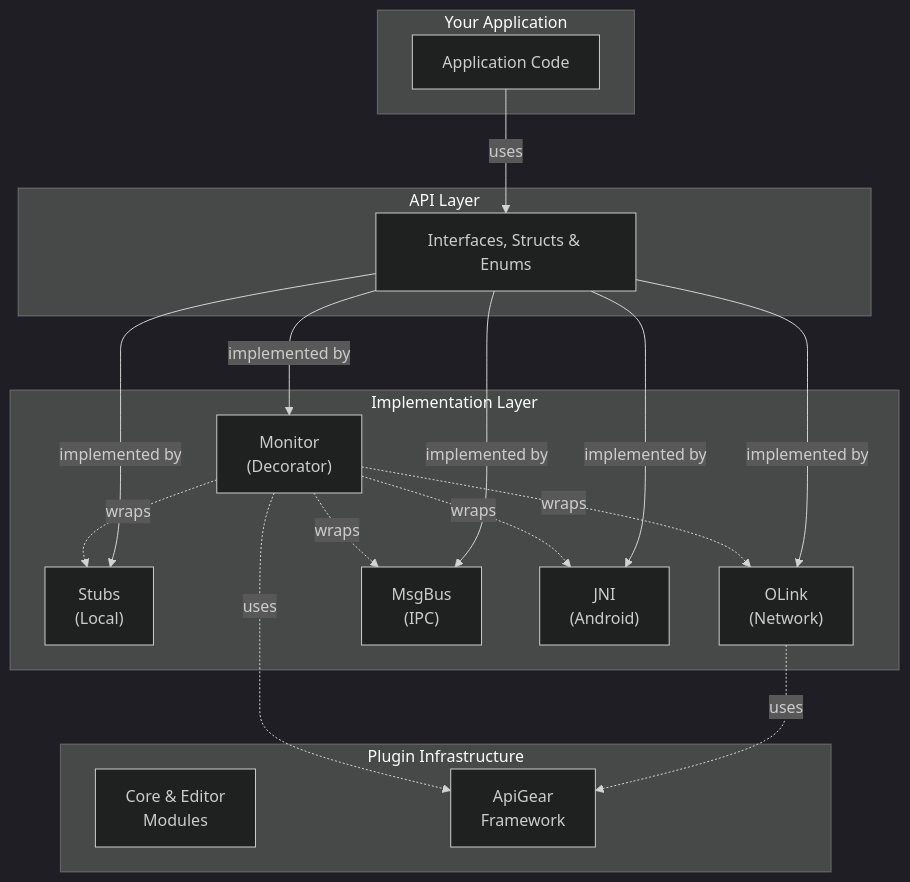
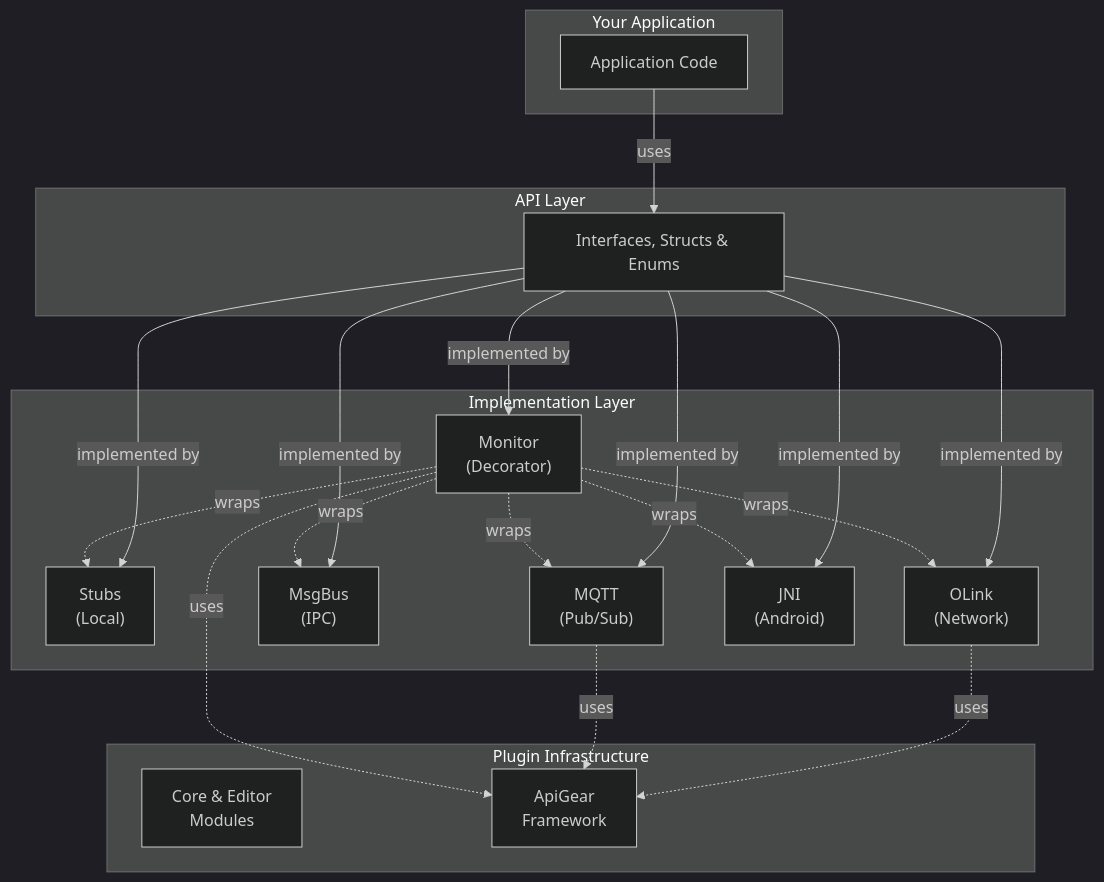
The diagram in docs/docs/features/features.md (apigear-io/template-unreal), drawn with Mermaid (dark theme) before and after one commit. The commit also changed other lines of this file and 367 other files, not shown here.

````diff
--- a/docs/docs/features/features.md
+++ b/docs/docs/features/features.md
@@ -50,36 +50,40 @@
 ```mermaid
 graph TD
     subgraph Application[" Your Application "]
         App[Application Code]
     end
 
     subgraph API[" API Layer "]
         Interface[Interfaces, Structs & Enums]
     end
 
     subgraph Implementations[" Implementation Layer "]
         Stubs["Stubs<br/>(Local)"]
         OLink["OLink<br/>(Network)"]
         MsgBus["MsgBus<br/>(IPC)"]
+        MQTT["MQTT<br/>(Pub/Sub)"]
         JNI["JNI<br/>(Android)"]
         Monitor["Monitor<br/>(Decorator)"]
     end
 
     subgraph Infrastructure[" Plugin Infrastructure "]
         Plugin["Core & Editor<br/>Modules"]
         ApiGear["ApiGear<br/>Framework"]
     end
 
     App -->|uses| Interface
     Interface -->|implemented by| Stubs
     Interface -->|implemented by| OLink
     Interface -->|implemented by| MsgBus
+    Interface -->|implemented by| MQTT
     Interface -->|implemented by| JNI
     Interface -->|implemented by| Monitor
     Monitor -.->|wraps| Stubs
     Monitor -.->|wraps| OLink
     Monitor -.->|wraps| MsgBus
+    Monitor -.->|wraps| MQTT
     Monitor -.->|wraps| JNI
     OLink -.->|uses| ApiGear
+    MQTT -.->|uses| ApiGear
     Monitor -.->|uses| ApiGear
 ```
````
